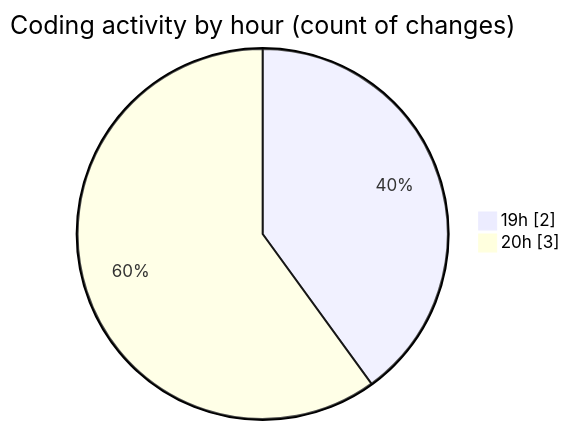
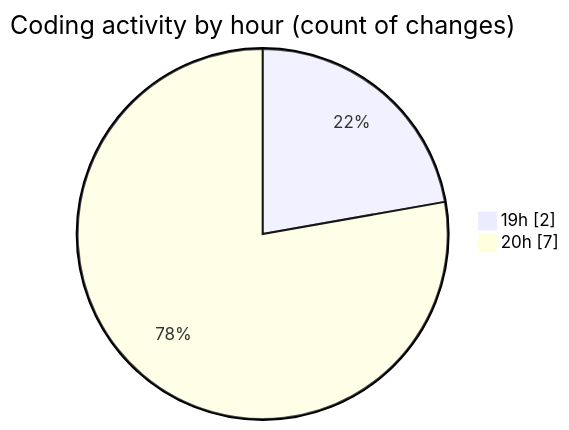
One commit to EIIisD/code-tracking changed the second of 2 diagrams in 2025-07-11/braintubers/README.md. Above: the diagram before and after it, drawn with Mermaid. The commit also changed other lines of this file and 1 other file, not shown here.

````diff
--- a/2025-07-11/braintubers/README.md
+++ b/2025-07-11/braintubers/README.md
@@ -29,6 +29,6 @@
 ```mermaid
 pie showData
 title Coding activity by hour (count of changes)
 "19h" : 2
-"20h" : 3
+"20h" : 7
 ```
````
